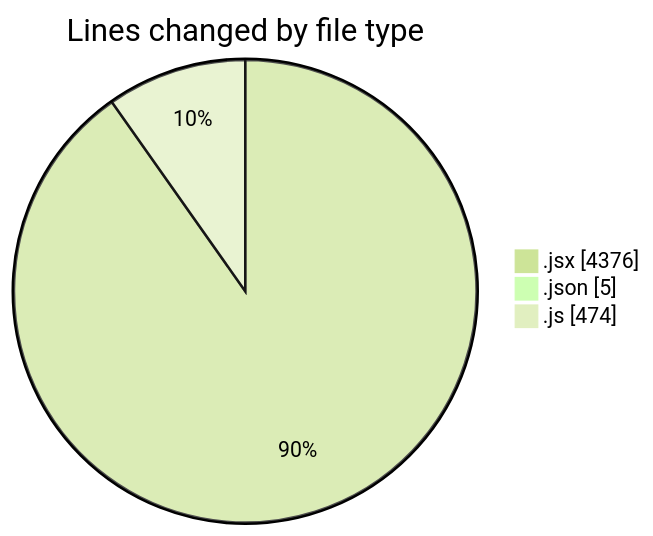
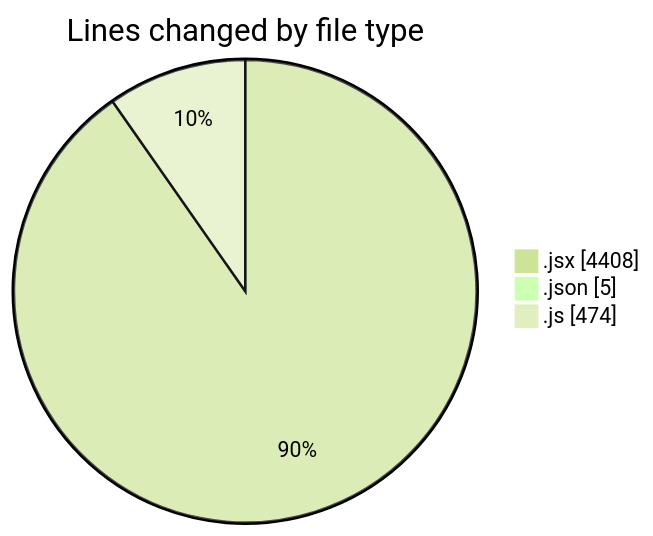
The first of 2 diagrams in 2025-11-18/nxtqube_webapp/README.md (nxtqubesakshisongat/code-tracking), drawn with Mermaid (forest theme) before and after one commit. The commit also changed other lines of this file and 1 other file, not shown here.

````diff
--- a/2025-11-18/nxtqube_webapp/README.md
+++ b/2025-11-18/nxtqube_webapp/README.md
@@ -26,7 +26,7 @@
 ```mermaid
 pie showData
 title Lines changed by file type
-".jsx" : 4376
+".jsx" : 4408
 ".json" : 5
 ".js" : 474
 ```
````
